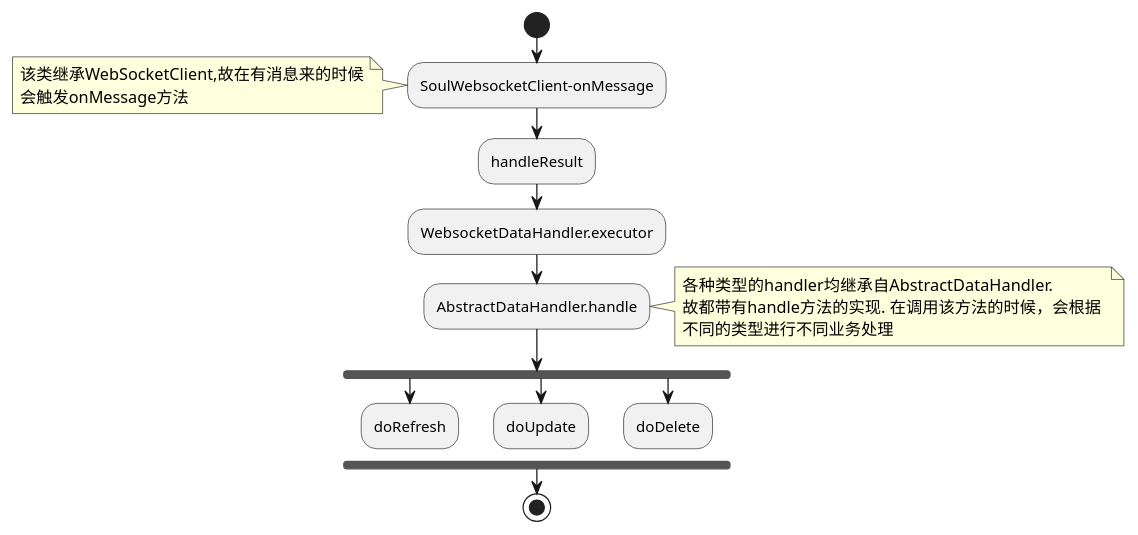
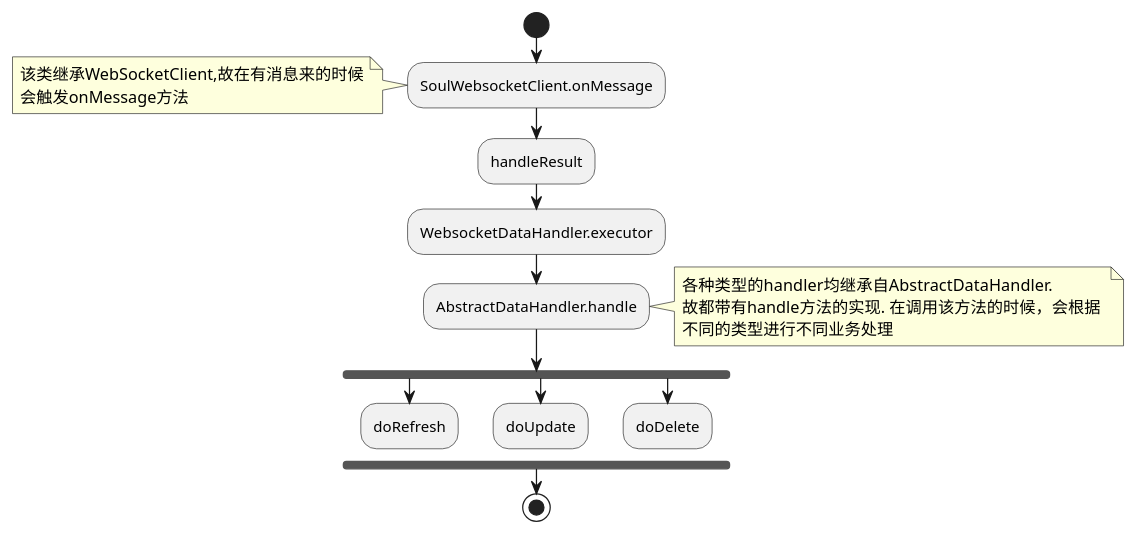
The eighth of 8 diagrams in content/soul/exercise/websocket.org (HxnFight/HxnFight.github.io), drawn with PlantUML before and after one commit. The commit also changed other lines of this file and 19 other files, not shown here.

Commit message:
fix websocket init

```diff
--- a/content/soul/exercise/websocket.org
+++ b/content/soul/exercise/websocket.org
@@ -164,32 +164,32 @@
-#+begin_src plantuml :exports results :file images/soul-boostarp-websocket-init.png :cmdline -charset utf-8 :exports results :eval query-export
+#+begin_src plantuml :exports results :file images/soul-boostarp-WebSocketClient-invoke.png :cmdline -charset utf-8 :exports results :eval query-export
 @startuml
 
 start
-:SoulWebsocketClient-onMessage;
+:SoulWebsocketClient.onMessage;
   note left
     该类继承WebSocketClient,故在有消息来的时候
     会触发onMessage方法
   end note
 :handleResult;
 :WebsocketDataHandler.executor;
 :AbstractDataHandler.handle;
   note right
     各种类型的handler均继承自AbstractDataHandler. 
     故都带有handle方法的实现. 在调用该方法的时候，会根据 
     不同的类型进行不同业务处理 
   end note 
 fork
 :doRefresh;
 detach
 fork again
 :doUpdate;
 detach
 fork again
 :doDelete;
 detach
 endfork
 stop
 
 @enduml
 
 #+end_src
```
